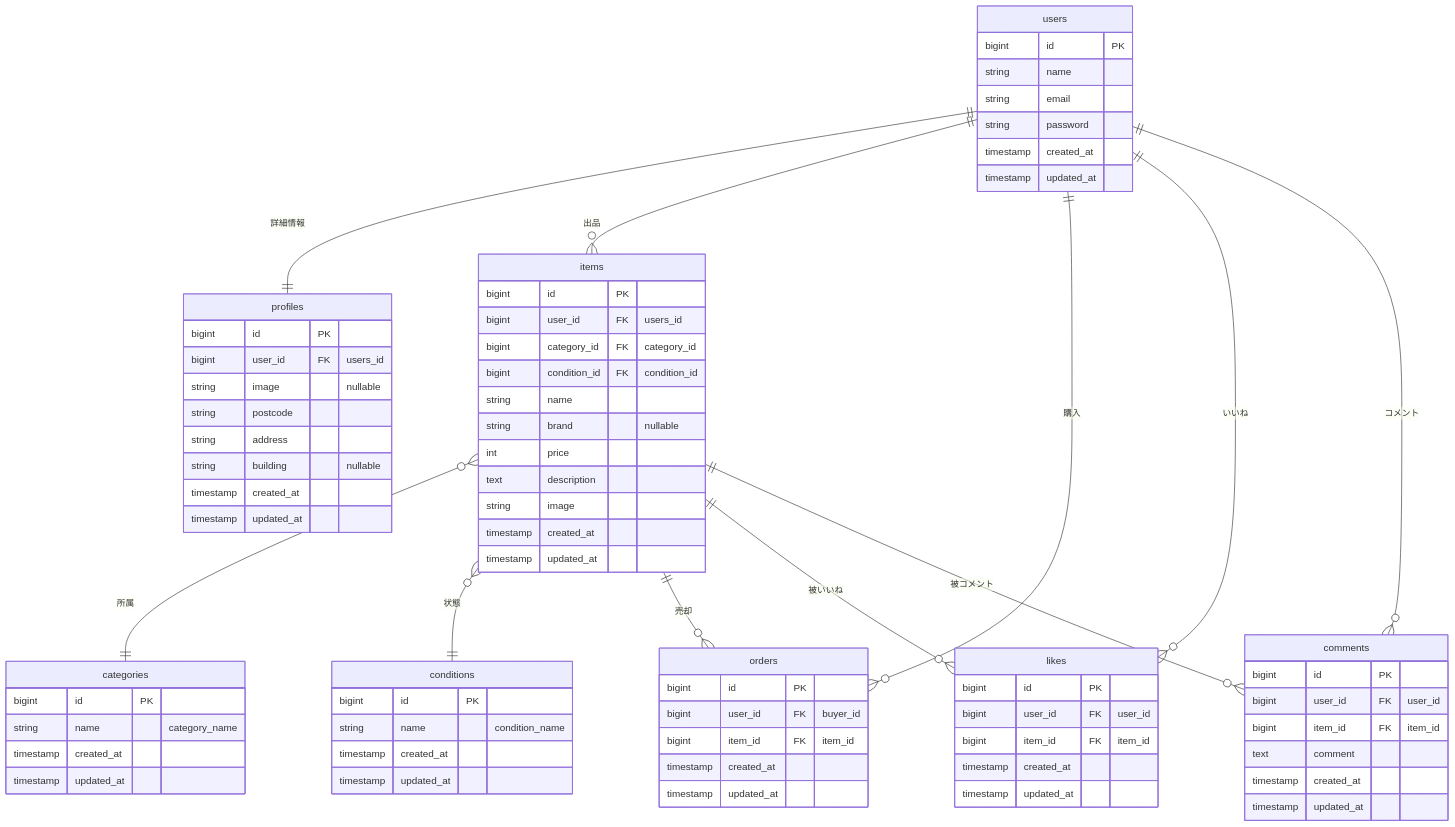
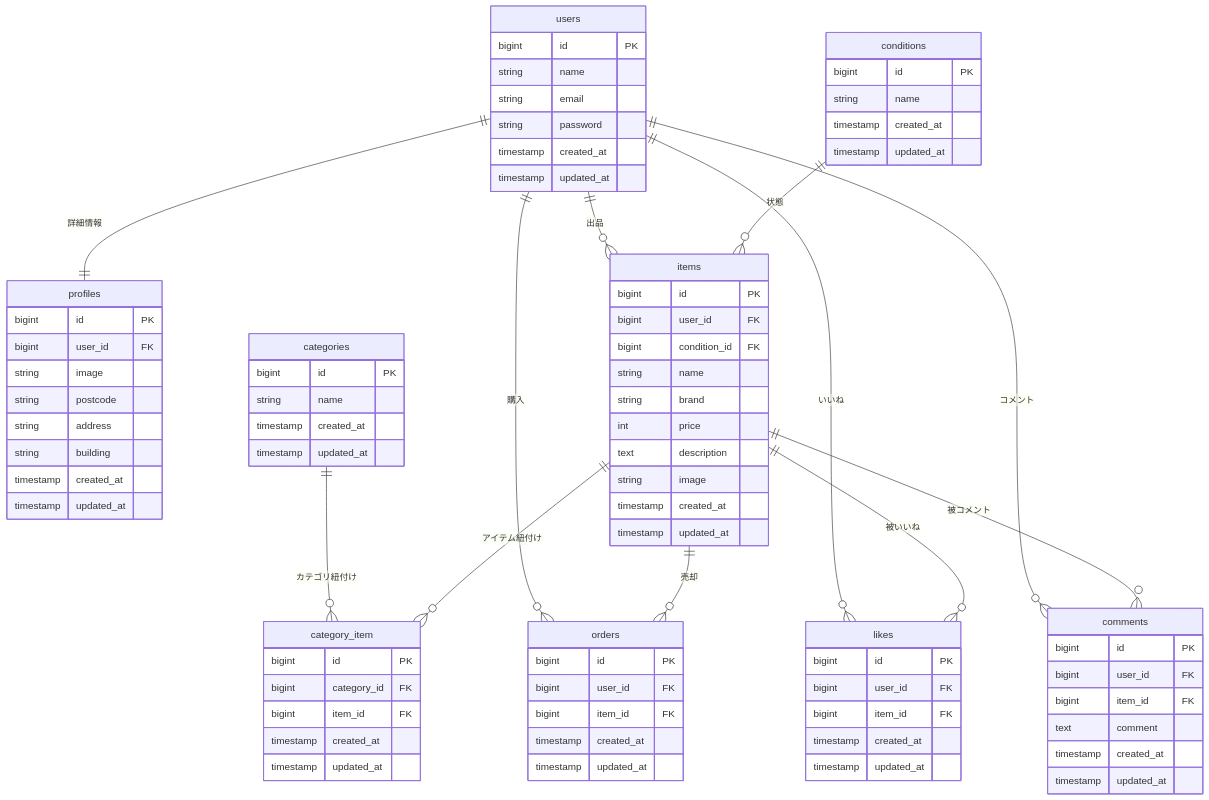
The diagram in ER.md (hana20210115/coachtech-frima), drawn with Mermaid before and after one commit. The commit also changed 21 other files, not shown here.

````diff
--- a/ER.md
+++ b/ER.md
@@ -8,30 +8,31 @@
     users ||--o{ likes : "いいね"
     users ||--o{ comments : "コメント"
 
+    categories ||--o{ category_item : "カテゴリ紐付け"
+    items ||--o{ category_item : "アイテム紐付け"
+    
+    conditions ||--o{ items : "状態"
+    items ||--o{ orders : "売却"
+    items ||--o{ likes : "被いいね"
+    items ||--o{ comments : "被コメント"
+
     profiles {
         bigint id PK
-        bigint user_id FK "users_id"
-        string image "nullable"
+        bigint user_id FK
+        string image
         string postcode
         string address
-        string building "nullable"
+        string building
         timestamp created_at
         timestamp updated_at
     }
 
-    items }o--|| categories : "所属"
-    items }o--|| conditions : "状態"
-    items ||--o{ orders : "売却"
-    items ||--o{ likes : "被いいね"
-    items ||--o{ comments : "被コメント"
-
     items {
         bigint id PK
-        bigint user_id FK "users_id"
-        bigint category_id FK "category_id"
-        bigint condition_id FK "condition_id"
+        bigint user_id FK
+        bigint condition_id FK
         string name
-        string brand "nullable"
+        string brand
         int price
         text description
         string image
@@ -39,9 +40,17 @@
         timestamp updated_at
     }
 
+    category_item {
+        bigint id PK
+        bigint category_id FK
+        bigint item_id FK
+        timestamp created_at
+        timestamp updated_at
+    }
+
     conditions {
         bigint id PK
-        string name "condition_name"
+        string name
         timestamp created_at
         timestamp updated_at
     }
@@ -57,34 +66,33 @@
 
     categories {
         bigint id PK
-        string name "category_name"
+        string name
         timestamp created_at
         timestamp updated_at
     }
 
     orders {
         bigint id PK
-        bigint user_id FK "buyer_id"
-        bigint item_id FK "item_id"
+        bigint user_id FK
+        bigint item_id FK
         timestamp created_at
         timestamp updated_at
     }
 
     likes {
         bigint id PK
-        bigint user_id FK "user_id"
-        bigint item_id FK "item_id"
+        bigint user_id FK
+        bigint item_id FK
         timestamp created_at
         timestamp updated_at
     }
 
     comments {
         bigint id PK
-        bigint user_id FK "user_id"
-        bigint item_id FK "item_id"
+        bigint user_id FK
+        bigint item_id FK
         text comment
         timestamp created_at
         timestamp updated_at
     }
-
 ```
````
